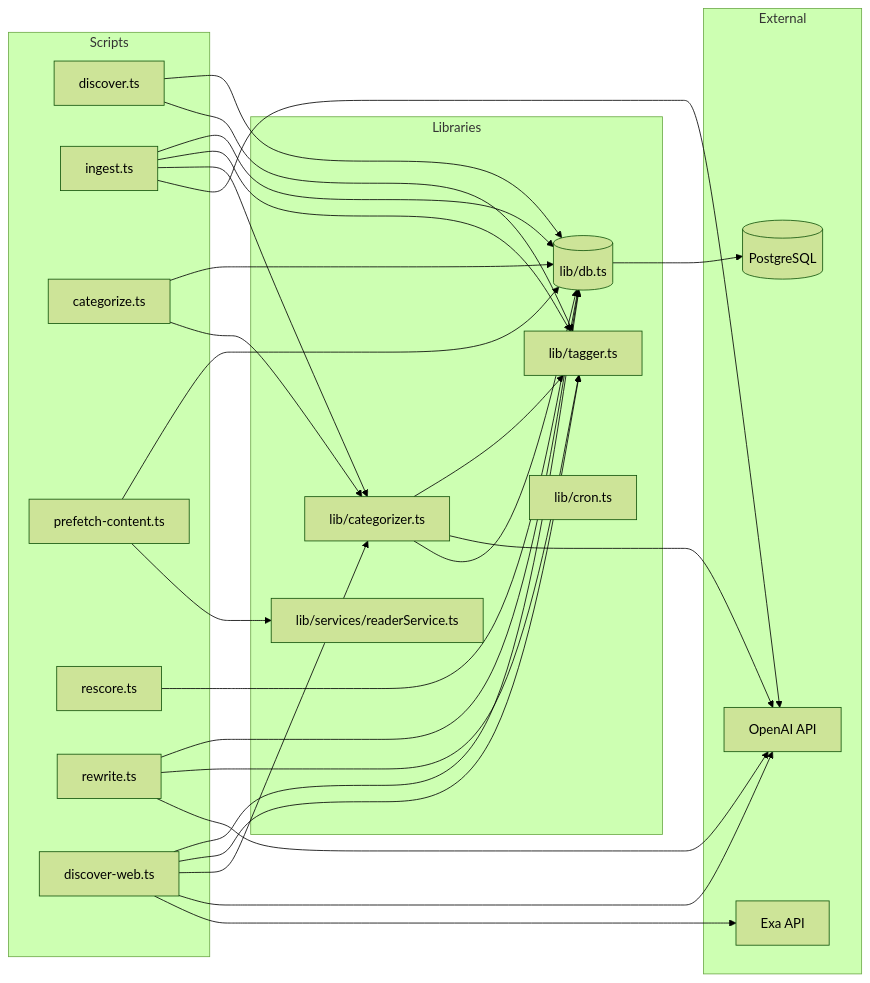
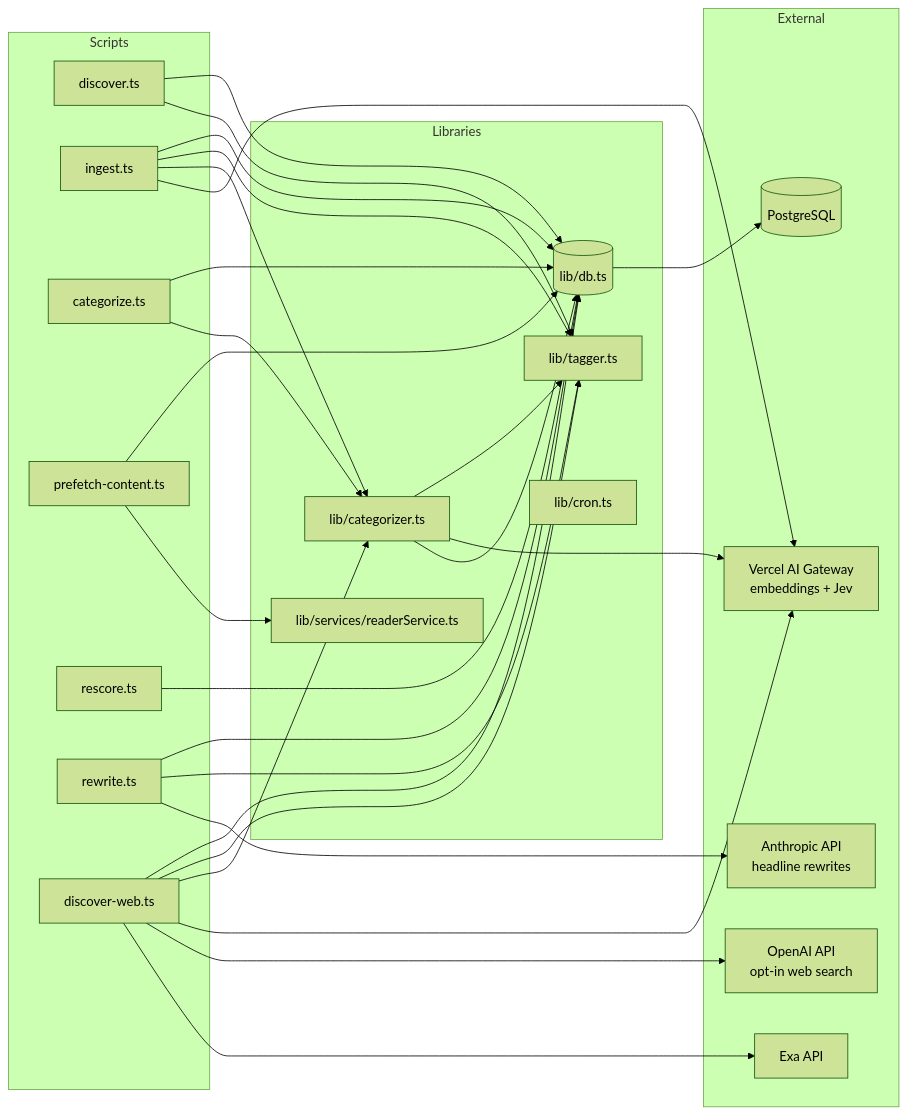
One commit to dwahbe/climate-river changed the seventh of 9 diagrams in README.md. Above: the diagram before and after it, drawn with Mermaid (forest theme). The commit also changed other lines of this file and 40 other files, not shown here.

````diff
--- a/README.md
+++ b/README.md
@@ -404,58 +404,61 @@
 ```mermaid
 flowchart LR
     subgraph Scripts
         D[discover.ts]
         I[ingest.ts]
         C[categorize.ts]
         P[prefetch-content.ts]
         R[rescore.ts]
         W[rewrite.ts]
         WD[discover-web.ts]
     end
 
     subgraph Libraries
         DB[(lib/db.ts)]
         TAG[lib/tagger.ts]
         CAT[lib/categorizer.ts]
         READ[lib/services/readerService.ts]
         CRON[lib/cron.ts]
     end
 
     subgraph External
-        OPENAI[OpenAI API]
+        GATEWAY[Vercel AI Gateway<br/>embeddings + Jev]
+        ANTHROPIC[Anthropic API<br/>headline rewrites]
+        OPENAI[OpenAI API<br/>opt-in web search]
         EXA[Exa API]
         PG[(PostgreSQL)]
     end
 
     D --> DB
     D --> TAG
 
     I --> DB
     I --> TAG
     I --> CAT
-    I --> OPENAI
+    I --> GATEWAY
 
     C --> DB
     C --> CAT
 
     P --> DB
     P --> READ
 
     R --> DB
 
     W --> DB
     W --> TAG
-    W --> OPENAI
+    W --> ANTHROPIC
 
     WD --> DB
     WD --> TAG
     WD --> CAT
+    WD --> GATEWAY
     WD --> OPENAI
     WD --> EXA
 
     CAT --> TAG
-    CAT --> OPENAI
+    CAT --> GATEWAY
     CAT --> DB
 
     DB --> PG
 ```
````
